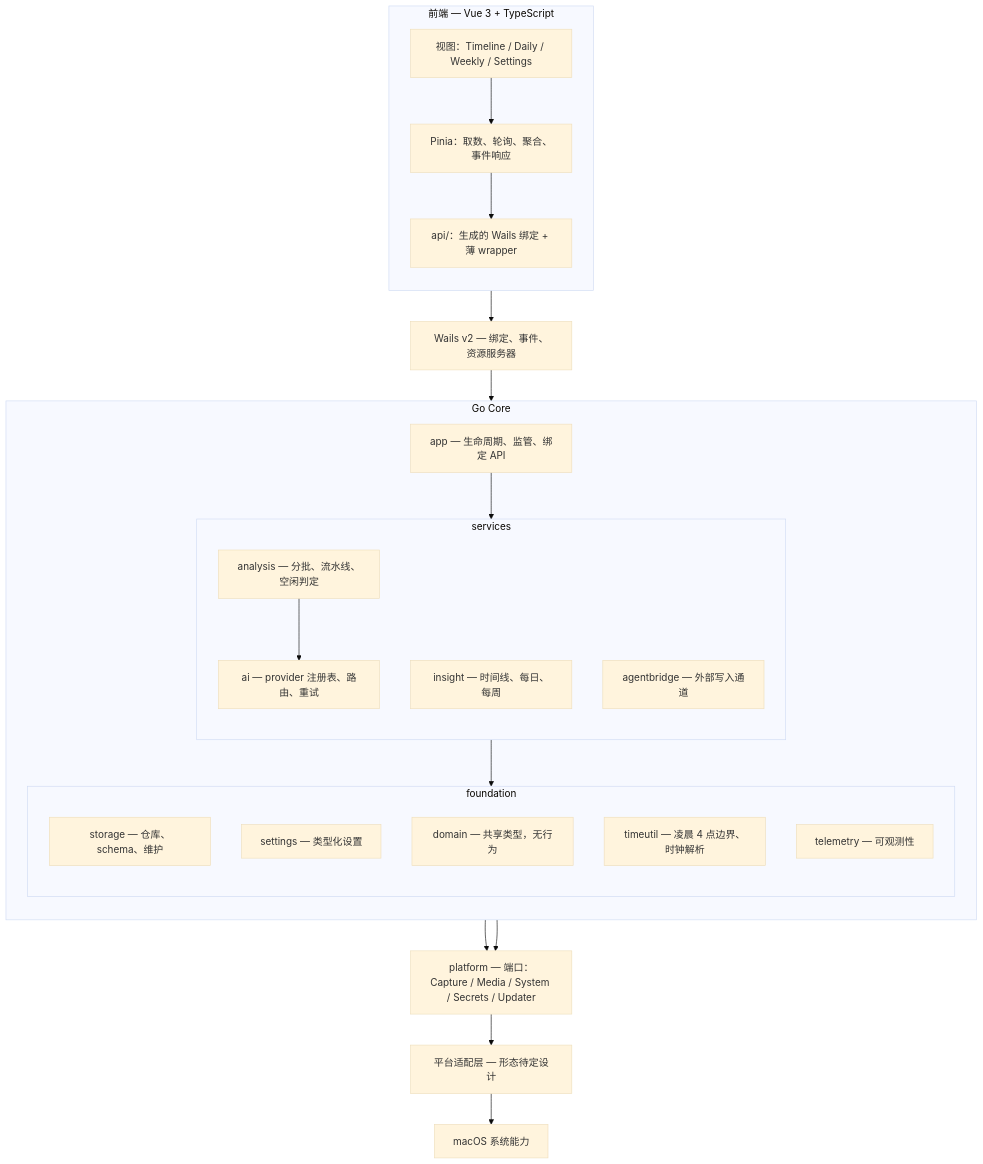
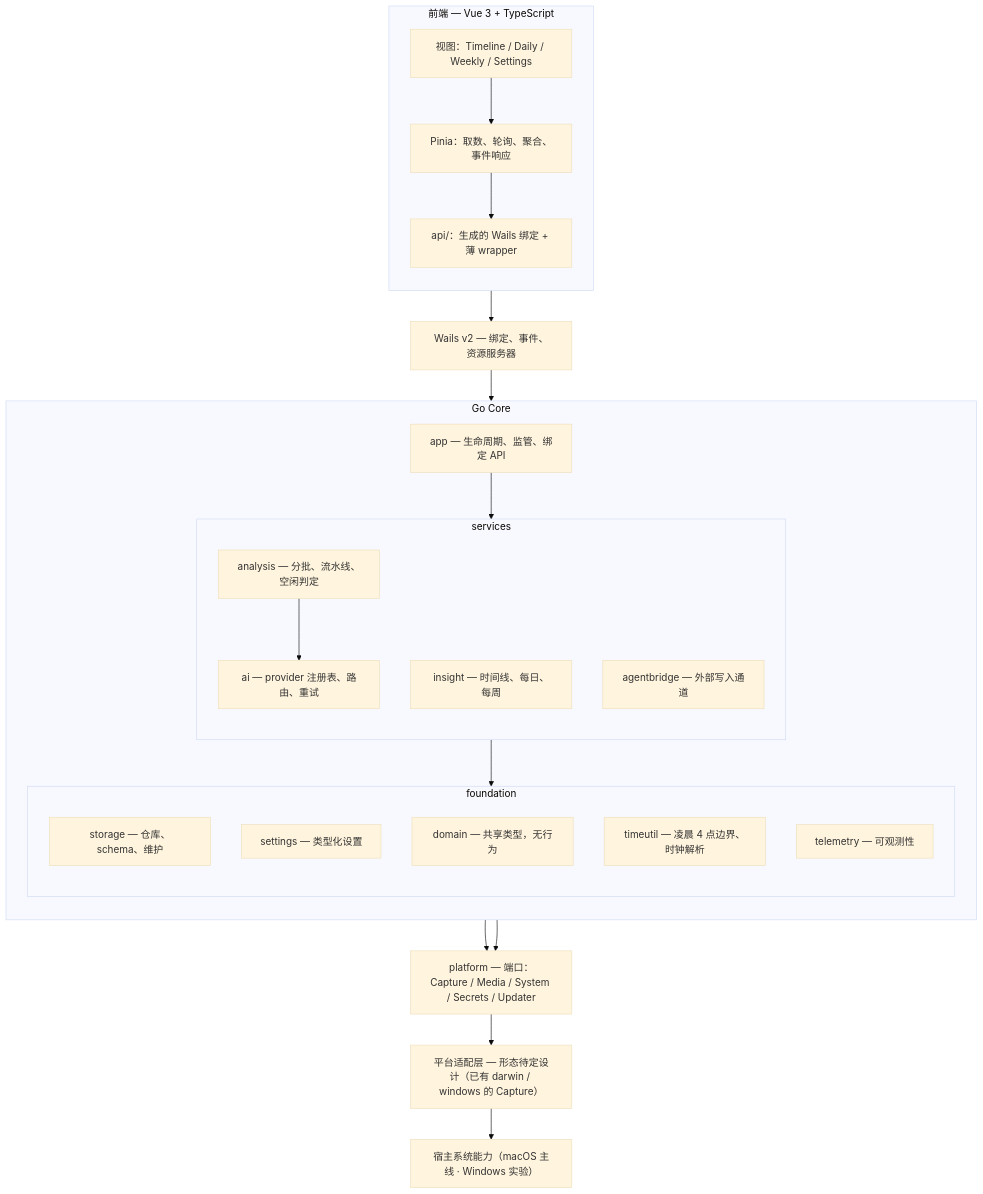
One commit to Jwz-git/Daygo changed the diagram in docs/02-architecture.md. Above: the diagram before and after it, drawn with Mermaid (base theme). The commit also changed other lines of this file and 22 other files, not shown here.

````diff
--- a/docs/02-architecture.md
+++ b/docs/02-architecture.md
@@ -12,43 +12,43 @@
 ```mermaid
 flowchart TD
     subgraph FE["前端 — Vue 3 + TypeScript"]
         direction TB
         VIEWS["视图：Timeline / Daily / Weekly / Settings"]
         STORES["Pinia：取数、轮询、聚合、事件响应"]
         API["api/：生成的 Wails 绑定 + 薄 wrapper"]
     end
 
     WAILS["Wails v2 — 绑定、事件、资源服务器"]
 
     subgraph CORE["Go Core"]
         direction TB
         APPM["app — 生命周期、监管、绑定 API"]
         subgraph SVC["services"]
             direction TB
             ANALYSIS["analysis — 分批、流水线、空闲判定"]
             AIM["ai — provider 注册表、路由、重试"]
             INSIGHT["insight — 时间线、每日、每周"]
             AGENT["agentbridge — 外部写入通道"]
         end
         subgraph FOUND["foundation"]
             direction TB
             STORAGE["storage — 仓库、schema、维护"]
             SETTINGS["settings — 类型化设置"]
             DOMAIN["domain — 共享类型，无行为"]
             TIMEUTIL["timeutil — 凌晨 4 点边界、时钟解析"]
             TELEMETRY["telemetry — 可观测性"]
         end
     end
 
     PLATFORM["platform — 端口：Capture / Media / System / Secrets / Updater"]
-    ADAPTER["平台适配层 — 形态待定设计"]
-    OS["macOS 系统能力"]
+    ADAPTER["平台适配层 — 形态待定设计（已有 darwin / windows 的 Capture）"]
+    OS["宿主系统能力（macOS 主线 · Windows 实验）"]
 
     VIEWS --> STORES --> API --> WAILS --> APPM
     APPM --> SVC
     SVC --> FOUND
     ANALYSIS --> AIM
     SVC --> PLATFORM
     APPM --> PLATFORM
     PLATFORM --> ADAPTER --> OS
 ```
````
